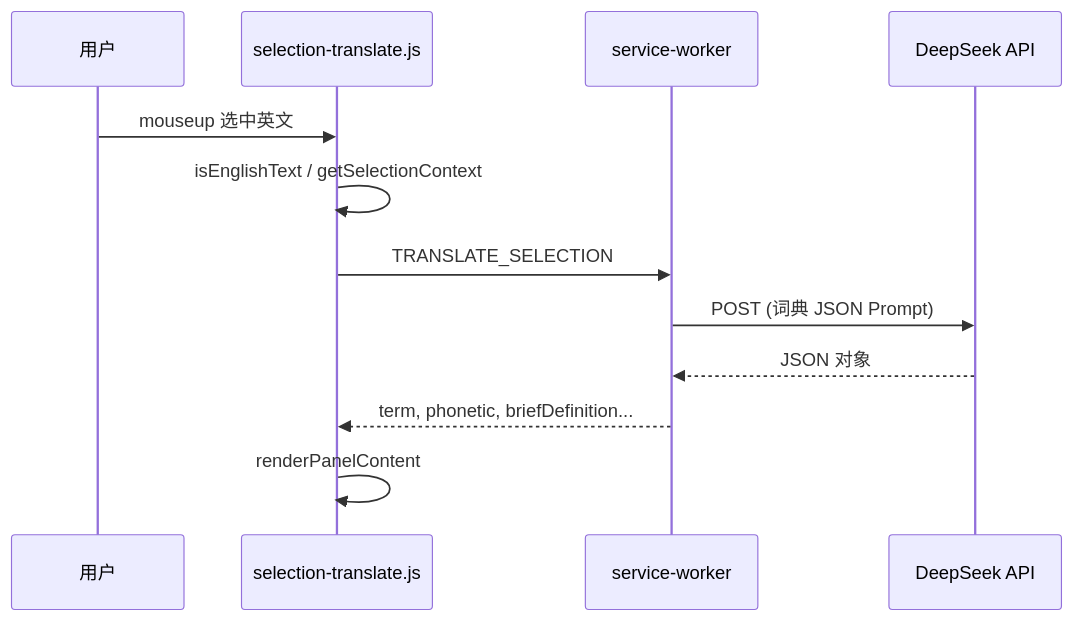
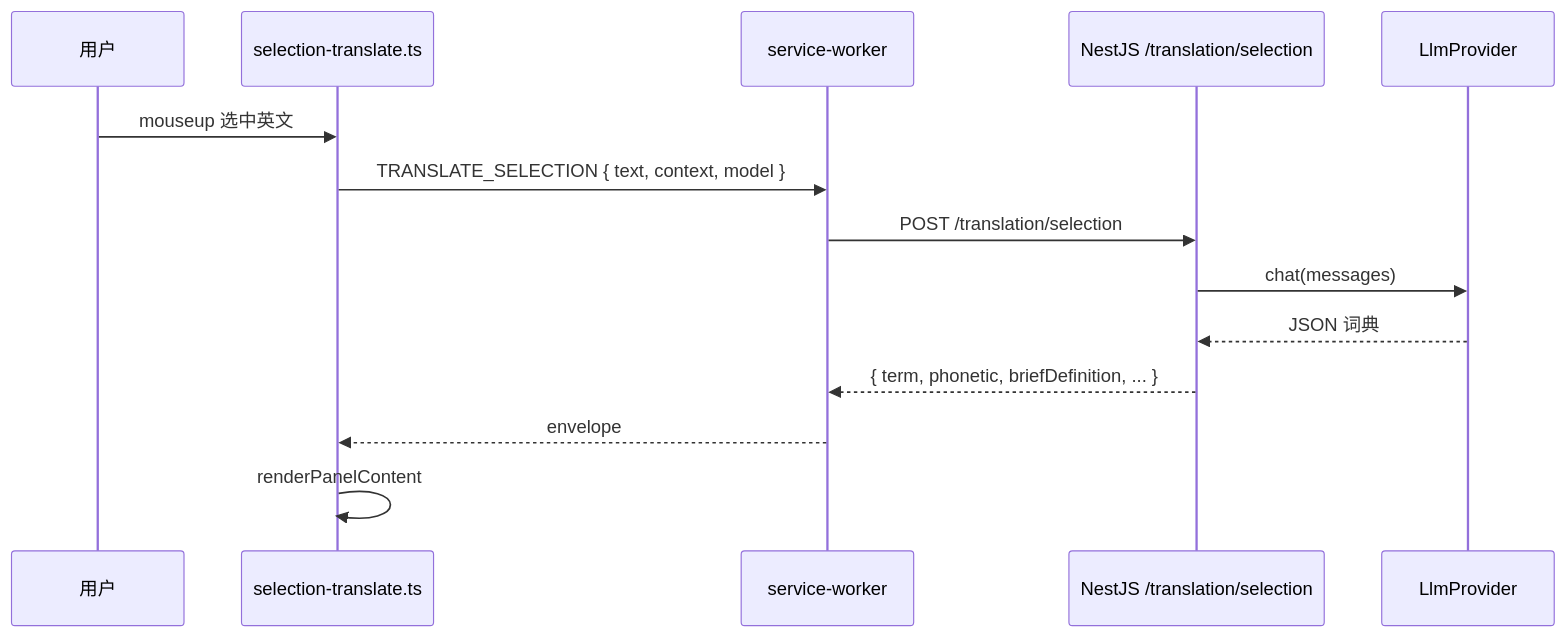
Before and after one commit to HarveyWebLee/translator: the fourth of 5 diagrams in docs/技术实现文档.md, drawn with Mermaid. The commit also changed other lines of this file and 2 other files, not shown here.

````diff
--- a/docs/技术实现文档.md
+++ b/docs/技术实现文档.md
@@ -274,15 +377,17 @@
 ```mermaid
 sequenceDiagram
   participant U as 用户
-  participant ST as selection-translate.js
+  participant ST as selection-translate.ts
   participant SW as service-worker
-  participant API as DeepSeek API
+  participant API as NestJS /translation/selection
+  participant LLM as LlmProvider
 
   U->>ST: mouseup 选中英文
-  ST->>ST: isEnglishText / getSelectionContext
-  ST->>SW: TRANSLATE_SELECTION
-  SW->>API: POST (词典 JSON Prompt)
-  API-->>SW: JSON 对象
-  SW-->>ST: term, phonetic, briefDefinition...
+  ST->>SW: TRANSLATE_SELECTION { text, context, model }
+  SW->>API: POST /translation/selection
+  API->>LLM: chat(messages)
+  LLM-->>API: JSON 词典
+  API-->>SW: { term, phonetic, briefDefinition, ... }
+  SW-->>ST: envelope
   ST->>ST: renderPanelContent
 ```
````
